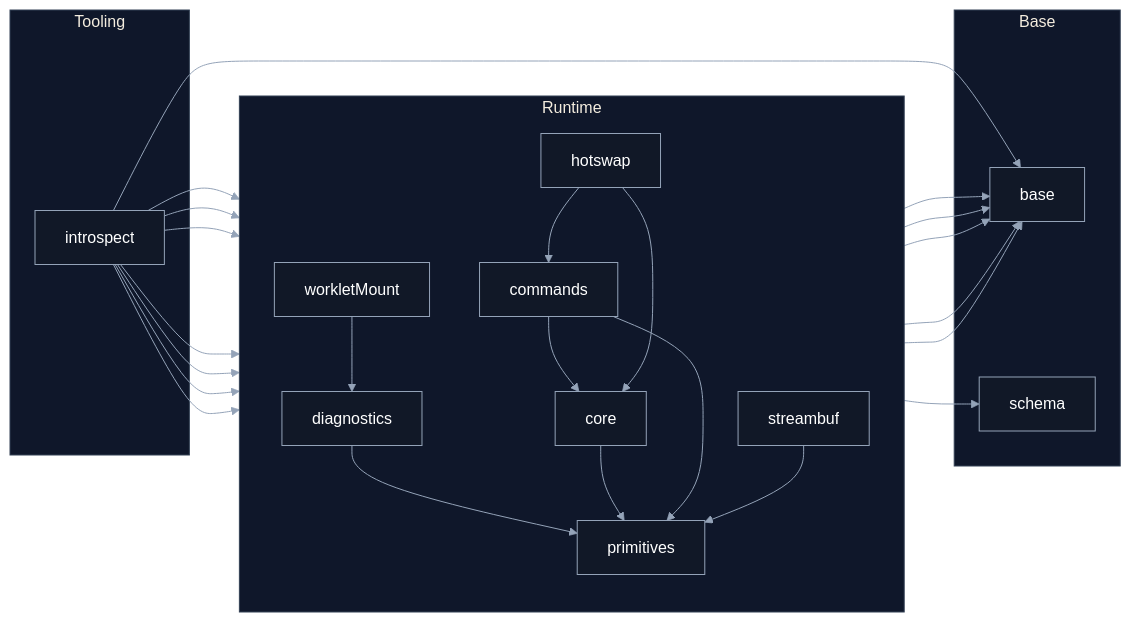
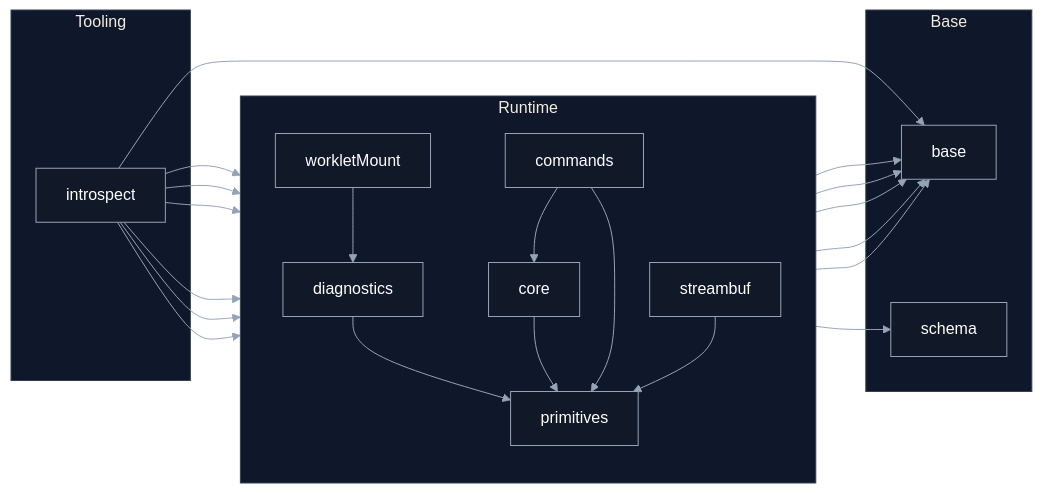
The diagram in packages/README.md (maikeleckelboom/exclave-boundary), drawn with Mermaid before and after one commit. The commit also changed other lines of this file and 119 other files, not shown here.

````diff
--- a/packages/README.md
+++ b/packages/README.md
@@ -68,50 +65,46 @@
 ```mermaid
 %%{init: {"theme":"base","themeVariables":{"textColor":"#ffffff","primaryTextColor":"#ffffff","lineColor":"#94a3b8","primaryColor":"#111827","secondaryColor":"#0f172a","tertiaryColor":"#0b1220","clusterBkg":"#0f172a","clusterBorder":"#334155","primaryBorderColor":"#94a3b8"}} }%%
 flowchart LR
 %% Layering left → right: Base → Runtime → Tooling
   subgraph Base
     base
     schema
   end
 
   subgraph Runtime
     direction TB
     primitives
     diagnostics
     core
     commands
     streambuf
-    hotswap
     workletMount
   end
 
   subgraph Tooling
     introspect
   end
 
 %% Runtime
   primitives --> base
   diagnostics --> primitives
   diagnostics --> base
   core --> primitives
   core --> base
   core --> schema
   commands --> core
   commands --> primitives
   streambuf --> primitives
   streambuf --> base
-  hotswap --> commands
-  hotswap --> core
   workletMount --> base
   workletMount --> diagnostics
 
 %% Tooling (observatory above Runtime)
   introspect --> base
   introspect --> primitives
   introspect --> diagnostics
   introspect --> core
   introspect --> commands
   introspect --> streambuf
-  introspect --> hotswap
   introspect --> workletMount
 ```
````
